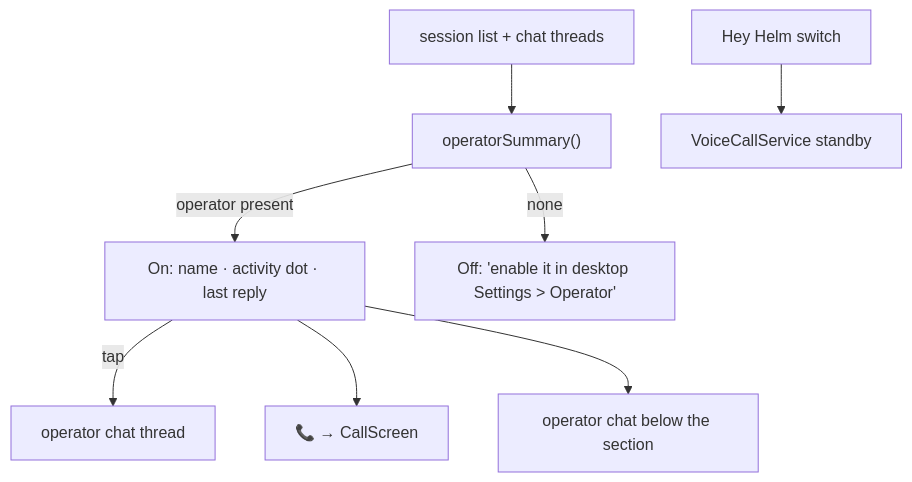
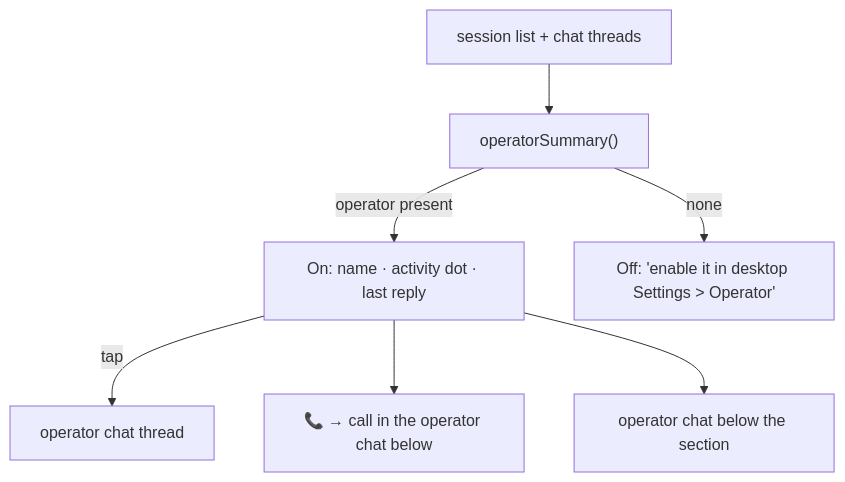
The second of 9 diagrams in docs/voice-operator.md (PetePeter/helm), drawn with Mermaid before and after one commit. The commit also changed other lines of this file and 31 other files, not shown here.

First line of the commit message:
feat(mobile): phone-style calls in the chat, one voice button, desktop picker

````diff
--- a/docs/voice-operator.md
+++ b/docs/voice-operator.md
@@ -56,10 +67,9 @@
 ```mermaid
 graph TD
     S[session list + chat threads] --> Q["operatorSummary()"]
     Q -->|operator present| On["On: name · activity dot · last reply"]
     Q -->|none| Off["Off: 'enable it in desktop Settings > Operator'"]
     On -->|tap| Chat[operator chat thread]
-    On --> Call[📞 → CallScreen]
+    On --> Call[📞 → call in the operator chat below]
     On --> Thread[operator chat below the section]
-    Sec[Hey Helm switch] --> Standby[VoiceCallService standby]
 ```
````
